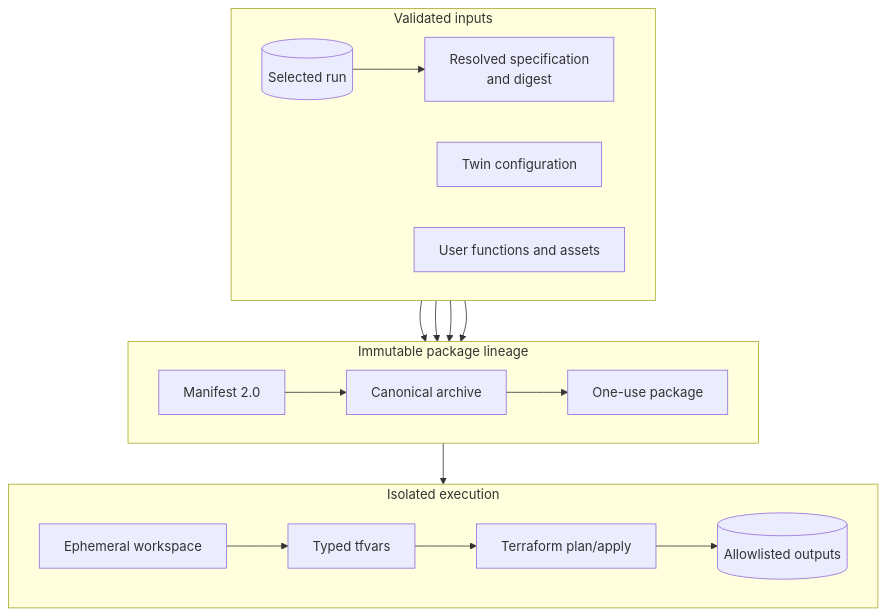
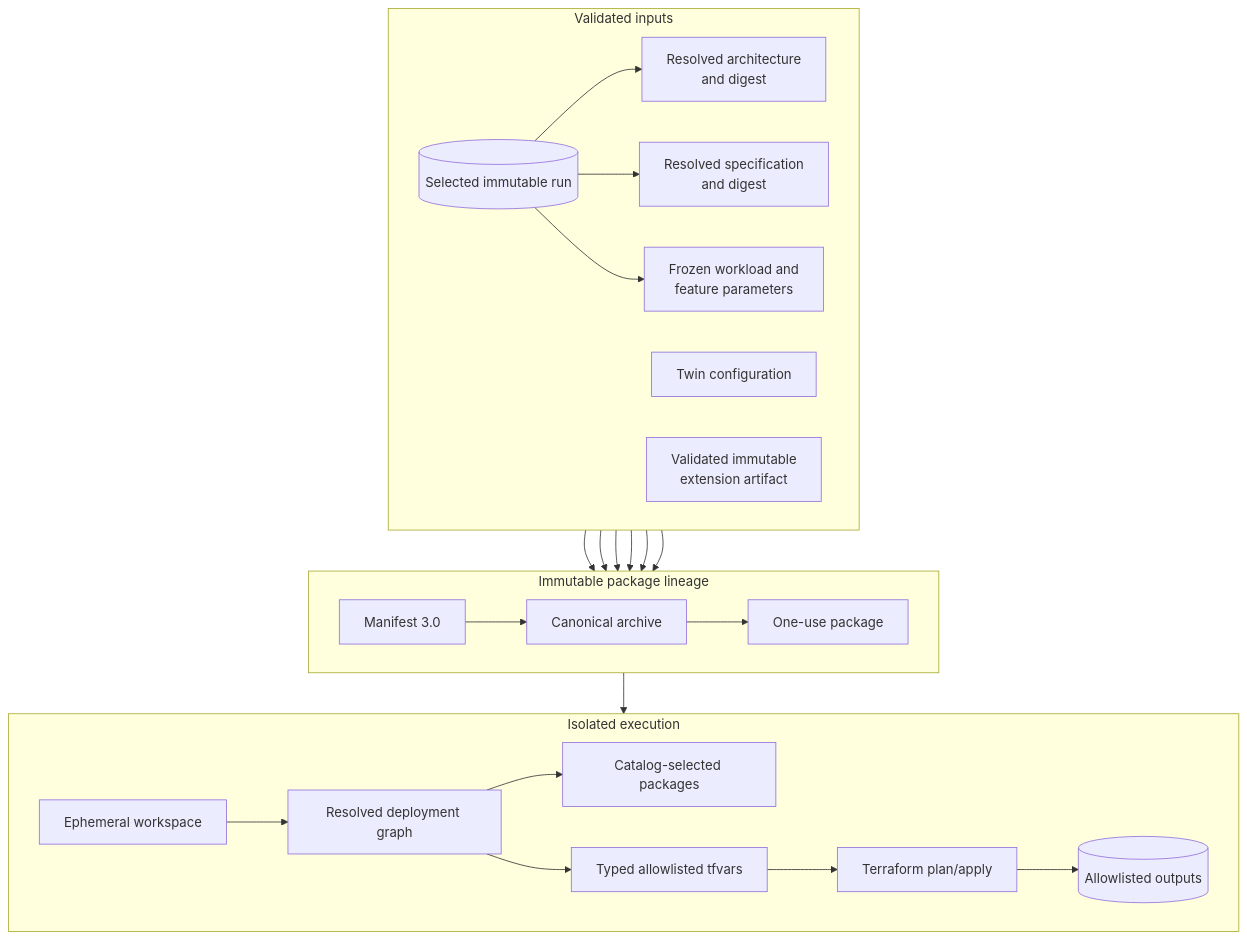
The second of 3 diagrams in docs-site/docs/contracts-and-data-flow/deployment-lifecycle.md (TVJunkie724/master-thesis), drawn with Mermaid before and after one commit. The commit also changed other lines of this file and 167 other files, not shown here.

First line of the commit message:
[AI-0803-GRAPH] feat(phase-8): compile deployment graphs before terraform

````diff
--- a/docs-site/docs/contracts-and-data-flow/deployment-lifecycle.md
+++ b/docs-site/docs/contracts-and-data-flow/deployment-lifecycle.md
@@ -33,26 +34,32 @@
 ```mermaid
 flowchart TD
     subgraph Inputs["Validated inputs"]
         direction LR
-        Run[("Selected run")] --> Specification["Resolved specification<br/>and digest"]
+        Run[("Selected immutable run")] --> Architecture["Resolved architecture<br/>and digest"]
+        Run --> Specification["Resolved specification<br/>and digest"]
+        Run --> Parameters["Frozen workload and<br/>feature parameters"]
         Config["Twin configuration"]
-        UserArtifacts["User functions and assets"]
+        UserArtifacts["Validated immutable<br/>extension artifact"]
     end
 
     subgraph Packaging["Immutable package lineage"]
         direction LR
-        Manifest["Manifest 2.0"] --> Archive["Canonical archive"] --> Package["One-use package"]
+        Manifest["Manifest 3.0"] --> Archive["Canonical archive"] --> Package["One-use package"]
     end
 
     subgraph Execution["Isolated execution"]
         direction LR
-        Workspace["Ephemeral workspace"] --> Tfvars["Typed tfvars"]
+        Workspace["Ephemeral workspace"] --> Graph["Resolved deployment graph"]
+        Graph --> Packages["Catalog-selected packages"]
+        Graph --> Tfvars["Typed allowlisted tfvars"]
         Tfvars --> Terraform["Terraform plan/apply"] --> Outputs[("Allowlisted outputs")]
     end
 
     Run --> Manifest
+    Architecture --> Manifest
     Specification --> Manifest
+    Parameters --> Manifest
     Config --> Manifest
     UserArtifacts --> Archive
     Package --> Workspace
 ```
````
